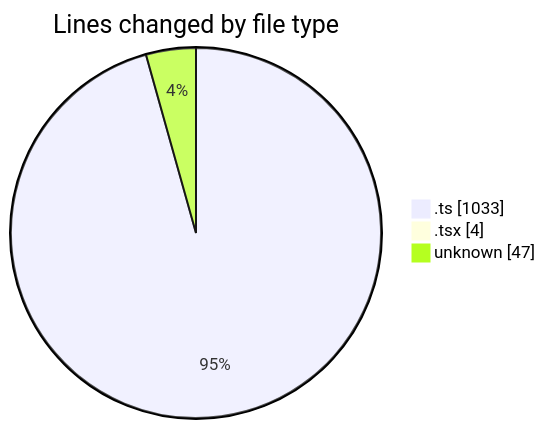
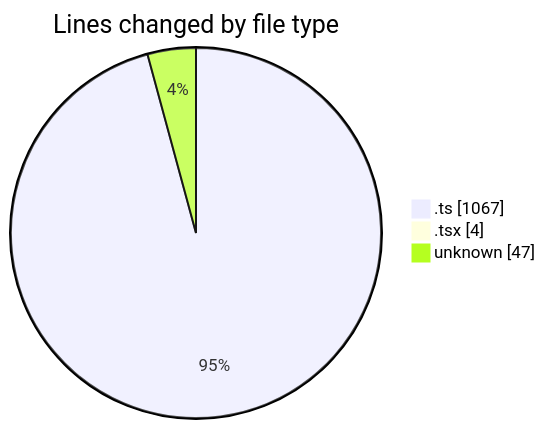
Before and after one commit to momahboobian/code-tracking: the first of 2 diagrams in 2025-09-11/cda/README.md, drawn with Mermaid. The commit also changed other lines of this file and 1 other file, not shown here.

````diff
--- a/2025-09-11/cda/README.md
+++ b/2025-09-11/cda/README.md
@@ -25,7 +25,7 @@
 ```mermaid
 pie showData
 title Lines changed by file type
-".ts" : 1033
+".ts" : 1067
 ".tsx" : 4
 "unknown" : 47
 ```
````
